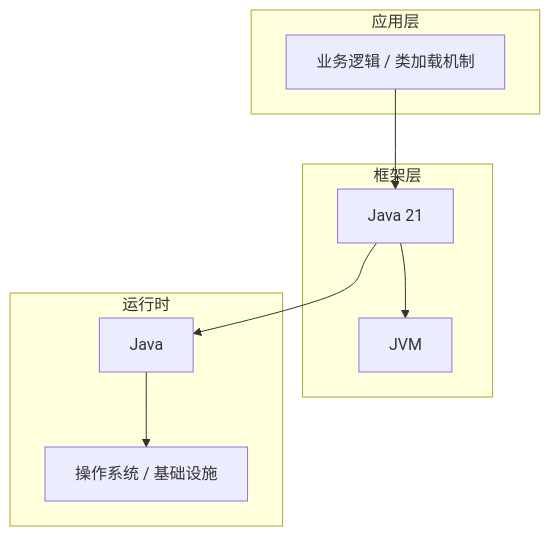
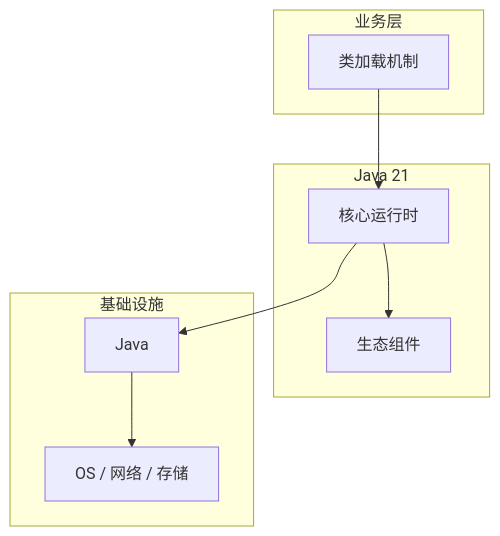
One commit to yanggan2015/knowledge-json-v2 changed the diagram in articles/Java核心/chapters/111-类加载机制核心概念与原理.md. Above: the diagram before and after it, drawn with Mermaid. The commit also changed other lines of this file and 10127 other files, not shown here.

````diff
--- a/articles/Java核心/chapters/111-类加载机制核心概念与原理.md
+++ b/articles/Java核心/chapters/111-类加载机制核心概念与原理.md
@@ -45,18 +34,18 @@
 ```mermaid
 graph TB
-    subgraph 应用层
-        A[业务逻辑 / 类加载机制]
+    subgraph 业务层
+        A[类加载机制]
     end
-    subgraph 框架层
-        B[Java 21]
-        C[JVM]
+    subgraph Java 21
+        B[核心运行时]
+        C[生态组件]
     end
-    subgraph 运行时
+    subgraph 基础设施
         D[Java]
-        E[操作系统 / 基础设施]
+        E[OS / 网络 / 存储]
     end
     A --> B
     B --> C
     B --> D
     D --> E
 ```
````
